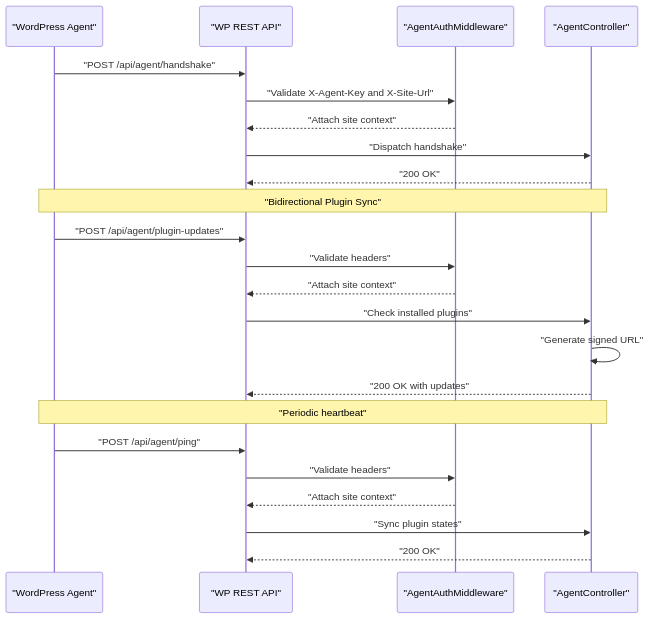
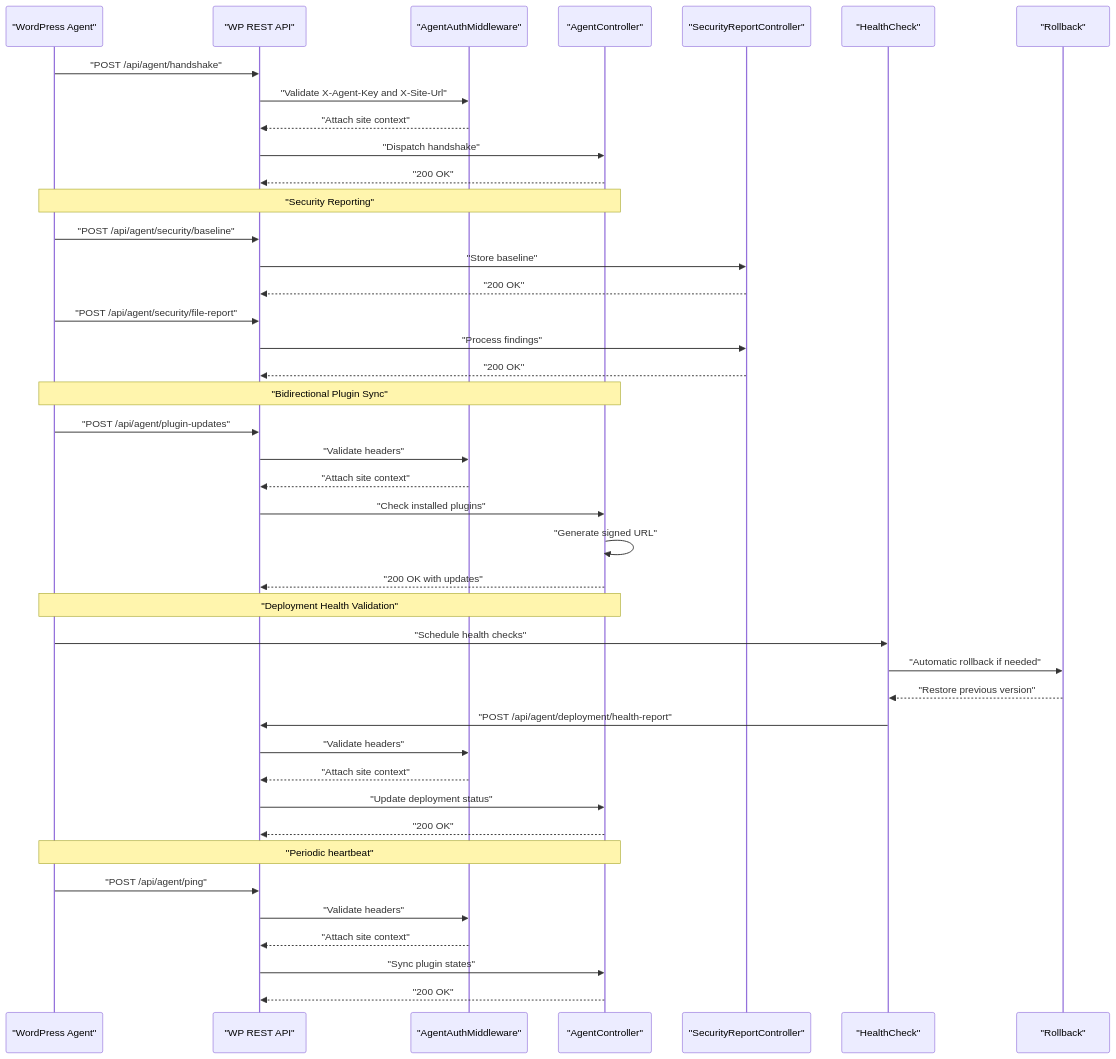
The second of 18 diagrams in .qoder/repowiki/en/content/WordPress Agent Integration/WordPress Agent Integration.md (FCS-WP/website_portal), drawn with Mermaid before and after one commit. The commit also changed other lines of this file and 37 other files, not shown here.

````diff
--- a/.qoder/repowiki/en/content/WordPress Agent Integration/WordPress Agent Integration.md
+++ b/.qoder/repowiki/en/content/WordPress Agent Integration/WordPress Agent Integration.md
@@ -134,25 +180,44 @@
 ```mermaid
 sequenceDiagram
 participant WP as "WordPress Agent"
 participant API as "WP REST API"
 participant MW as "AgentAuthMiddleware"
 participant CTRL as "AgentController"
+participant SEC_CTRL as "SecurityReportController"
+participant HC as "HealthCheck"
+participant RB as "Rollback"
 WP->>API : "POST /api/agent/handshake"
 API->>MW : "Validate X-Agent-Key and X-Site-Url"
 MW-->>API : "Attach site context"
 API->>CTRL : "Dispatch handshake"
 CTRL-->>API : "200 OK"
+Note over WP,CTRL : "Security Reporting"
+WP->>API : "POST /api/agent/security/baseline"
+API->>SEC_CTRL : "Store baseline"
+SEC_CTRL-->>API : "200 OK"
+WP->>API : "POST /api/agent/security/file-report"
+API->>SEC_CTRL : "Process findings"
+SEC_CTRL-->>API : "200 OK"
 Note over WP,CTRL : "Bidirectional Plugin Sync"
 WP->>API : "POST /api/agent/plugin-updates"
 API->>MW : "Validate headers"
 MW-->>API : "Attach site context"
 API->>CTRL : "Check installed plugins"
 CTRL->>CTRL : "Generate signed URL"
 CTRL-->>API : "200 OK with updates"
+Note over WP,CTRL : "Deployment Health Validation"
+WP->>HC : "Schedule health checks"
+HC->>RB : "Automatic rollback if needed"
+RB-->>HC : "Restore previous version"
+HC->>API : "POST /api/agent/deployment/health-report"
+API->>MW : "Validate headers"
+MW-->>API : "Attach site context"
+API->>CTRL : "Update deployment status"
+CTRL-->>API : "200 OK"
 Note over WP,CTRL : "Periodic heartbeat"
 WP->>API : "POST /api/agent/ping"
 API->>MW : "Validate headers"
 MW-->>API : "Attach site context"
 API->>CTRL : "Sync plugin states"
 CTRL-->>API : "200 OK"
 ```
````
